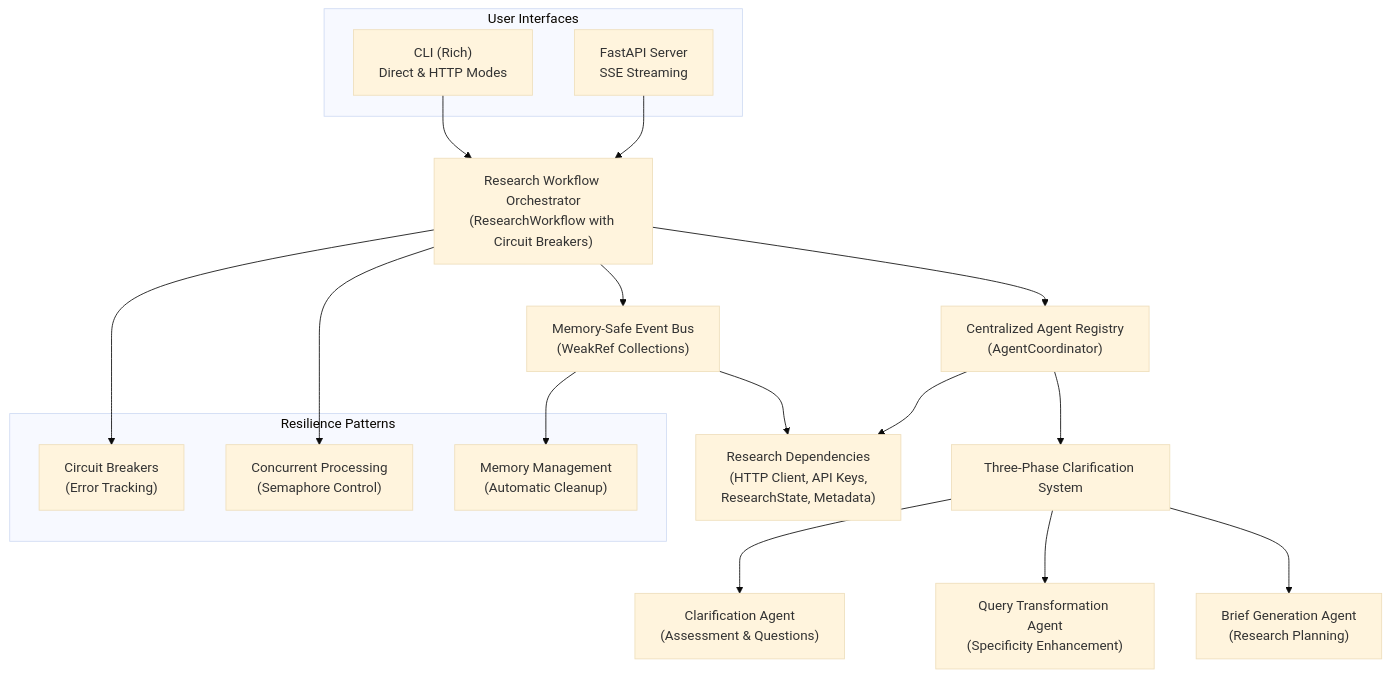
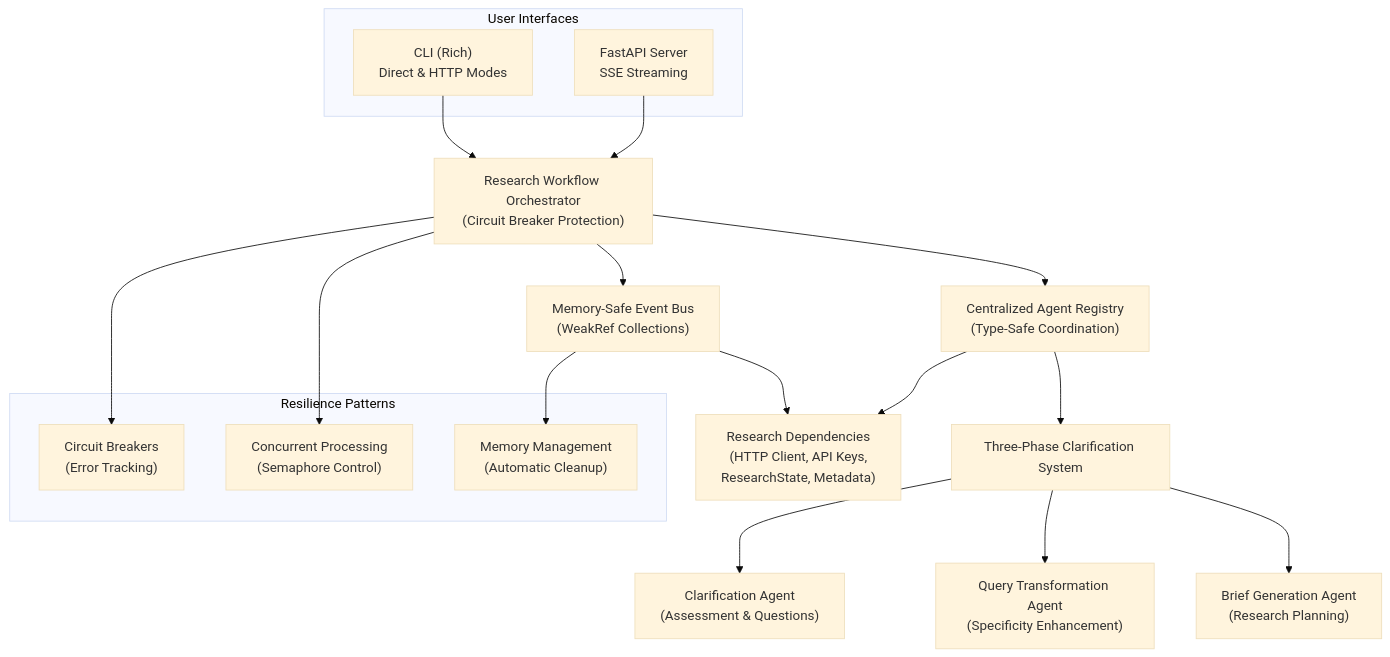
One commit to lionkeng/open_deep_research_pydantic_ai changed the first of 2 diagrams in docs/system_architecture.md. Above: the diagram before and after it, drawn with Mermaid (base theme). The commit also changed other lines of this file and 1 other file, not shown here.

````diff
--- a/docs/system_architecture.md
+++ b/docs/system_architecture.md
@@ -29,31 +52,31 @@
 ```mermaid
 graph TD
     subgraph "User Interfaces"
         CLI["CLI (Rich)<br/>Direct & HTTP Modes"]
         WebAPI["FastAPI Server<br/>SSE Streaming"]
     end
 
-    CLI --> Orchestrator["Research Workflow Orchestrator<br/>(ResearchWorkflow with Circuit Breakers)"]
+    CLI --> Orchestrator["Research Workflow Orchestrator<br/>(Circuit Breaker Protection)"]
     WebAPI --> Orchestrator
 
     Orchestrator --> EventBus["Memory-Safe Event Bus<br/>(WeakRef Collections)"]
-    Orchestrator --> AgentRegistry["Centralized Agent Registry<br/>(AgentCoordinator)"]
+    Orchestrator --> AgentRegistry["Centralized Agent Registry<br/>(Type-Safe Coordination)"]
 
     AgentRegistry --> ThreePhase["Three-Phase Clarification System"]
     ThreePhase --> ClarificationAgent["Clarification Agent<br/>(Assessment & Questions)"]
     ThreePhase --> TransformationAgent["Query Transformation Agent<br/>(Specificity Enhancement)"]
     ThreePhase --> BriefAgent["Brief Generation Agent<br/>(Research Planning)"]
 
     EventBus --> SharedDeps["Research Dependencies<br/>(HTTP Client, API Keys,<br/>ResearchState, Metadata)"]
     AgentRegistry --> SharedDeps
 
     subgraph "Resilience Patterns"
         CircuitBreakers["Circuit Breakers<br/>(Error Tracking)"]
         ConcurrentProcessing["Concurrent Processing<br/>(Semaphore Control)"]
         MemoryManagement["Memory Management<br/>(Automatic Cleanup)"]
     end
 
     Orchestrator --> CircuitBreakers
     Orchestrator --> ConcurrentProcessing
     EventBus --> MemoryManagement
 ```
````
